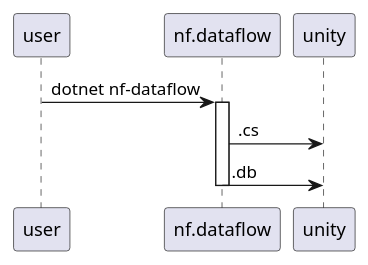
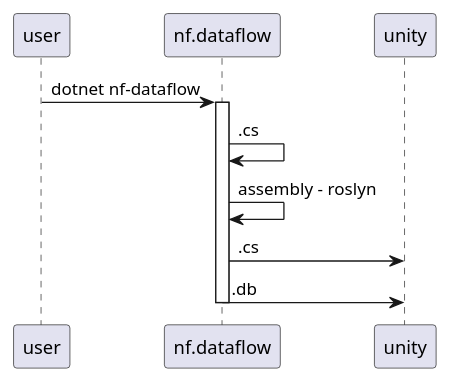
One commit to netpyoung/nf.data-flow changed the diagram in flow.puml. Above: the diagram before and after it, drawn with PlantUML. The commit also changed 16 other files, not shown here.

```diff
--- a/flow.puml
+++ b/flow.puml
@@ -1,9 +1,12 @@
 @startuml flow
 
 user -> nf.dataflow : dotnet nf-dataflow
+
 activate nf.dataflow
+nf.dataflow -> nf.dataflow : .cs
+nf.dataflow -> nf.dataflow : assembly - roslyn
 nf.dataflow -> unity : .cs
 nf.dataflow -> unity : .db
 deactivate
 
 @enduml
```
